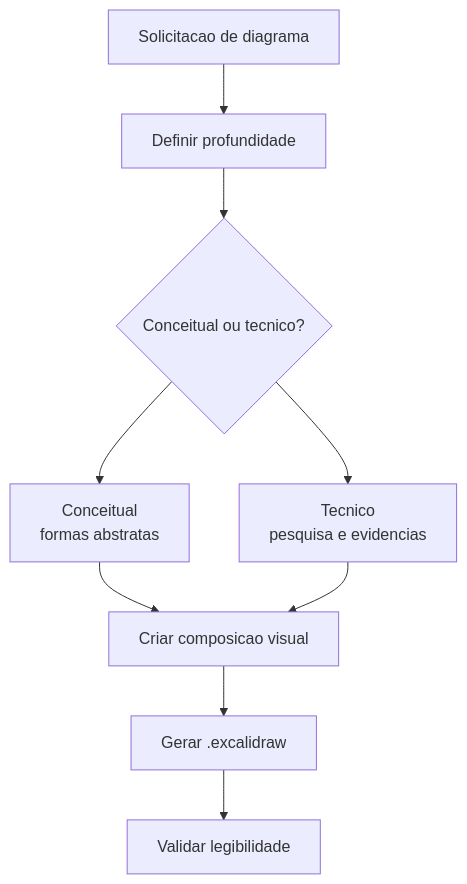
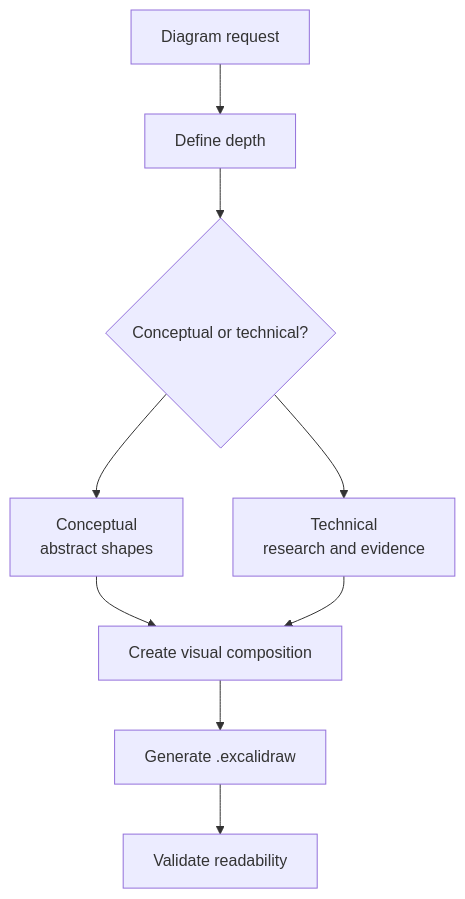
The diagram in docs/reference/skills/excalidraw-diagram.md (Tiao553/sdd-harness-copilot), drawn with Mermaid before and after one commit. The commit also changed other lines of this file and 19 other files, not shown here.

````diff
--- a/docs/reference/skills/excalidraw-diagram.md
+++ b/docs/reference/skills/excalidraw-diagram.md
@@ -19,11 +19,11 @@
 ```mermaid
 flowchart TD
-    A["Solicitacao de diagrama"] --> B["Definir profundidade"]
-    B --> C{"Conceitual ou tecnico?"}
-    C --> D["Conceitual<br/>formas abstratas"]
-    C --> E["Tecnico<br/>pesquisa e evidencias"]
-    D --> F["Criar composicao visual"]
+    A["Diagram request"] --> B["Define depth"]
+    B --> C{"Conceptual or technical?"}
+    C --> D["Conceptual<br/>abstract shapes"]
+    C --> E["Technical<br/>research and evidence"]
+    D --> F["Create visual composition"]
     E --> F
-    F --> G["Gerar .excalidraw"]
-    G --> H["Validar legibilidade"]
+    F --> G["Generate .excalidraw"]
+    G --> H["Validate readability"]
 ```
````
